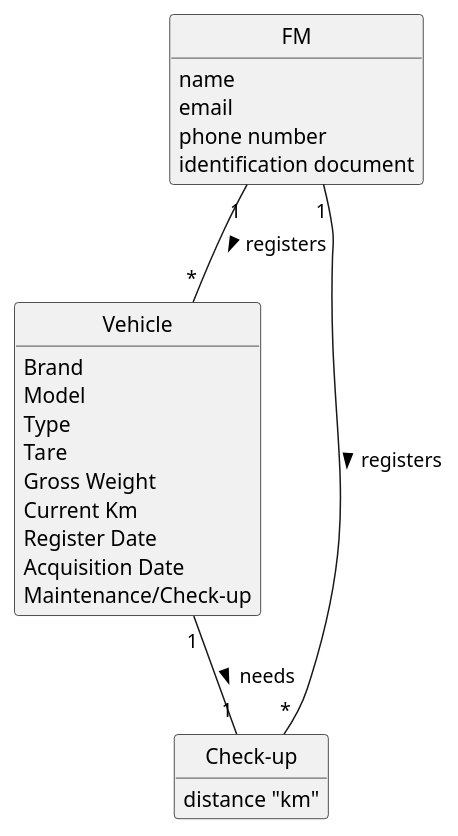
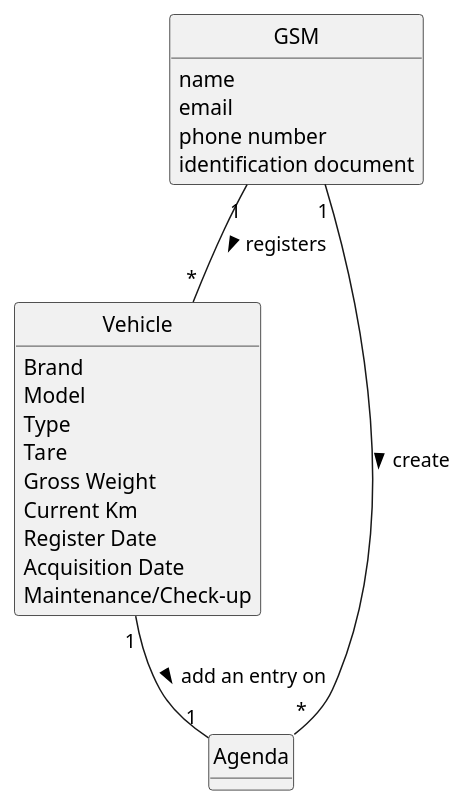
Before and after one commit to Departamento-de-Engenharia-Informatica/lei-24-s2-1dl-g121: the diagram in docs/sprintC/us026/02.analysis/puml/us026-domain-model.puml, drawn with PlantUML.

Commit message:
DOMAIN MODEL US026

```diff
--- a/docs/sprintC/us026/02.analysis/puml/us026-domain-model.puml
+++ b/docs/sprintC/us026/02.analysis/puml/us026-domain-model.puml
@@ -1,49 +1,48 @@
 @startuml
 skinparam monochrome true
 skinparam packageStyle rectangle
 skinparam shadowing false
 'skinparam linetype ortho
 'left to right direction
 skinparam classAttributeIconSize 0
 hide circle
 hide methods
 
 'title Domain Model
 
 'class Platform {
 '  -description
 '}
 
 
-class FM{
+class GSM{
     name
     email
     phone number
     identification document
 }
 
 
 class Vehicle{
     Brand
     Model
     Type
     Tare
     Gross Weight
     Current Km
     Register Date
     Acquisition Date
     Maintenance/Check-up
 }
 
-class Check-up{
-    distance "km"
+class Agenda{
+
 }
 
 
-
-FM "1" -- "*" Vehicle : registers >
-FM "1" -- "*" "Check-up" : registers >
-Vehicle "1" -- "1" "Check-up" : needs >
+GSM "1" -- "*" Vehicle : registers >
+GSM "1" -- "*" "Agenda" : create >
+Vehicle "1" -- "1" "Agenda" : add an entry on >
 
 
 @enduml
```
